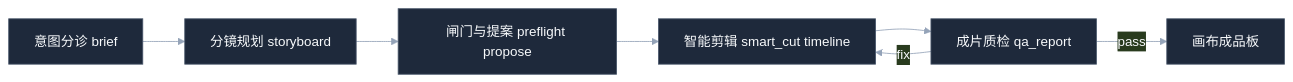
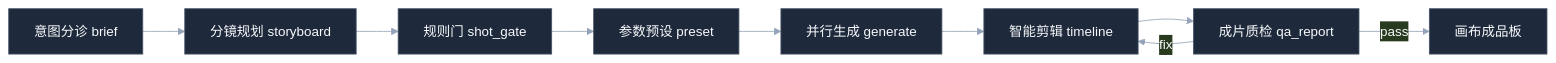
Before and after one commit to LaplaceYoung/dsh-directorx: the first of 2 diagrams in README.md, drawn with Mermaid. The commit also changed other lines of this file, not shown here.

First line of the commit message:
docs(readme): table-free witty rewrite with verified mermaid

````diff
--- a/README.md
+++ b/README.md
@@ -107,7 +46,12 @@
 ```mermaid
 %%{init: {"theme": "base", "themeVariables": {"primaryColor": "#1e293b", "primaryTextColor": "#f8fafc", "primaryBorderColor": "#475569", "lineColor": "#94a3b8", "fontFamily": "system-ui, sans-serif"}}}%%
 flowchart LR
-  B["意图分诊 brief"] --> P["分镜规划 storyboard"] --> G["闸门与提案 preflight propose"] --> E["智能剪辑 smart_cut timeline"] --> Q["成片质检 qa_report"]
-  Q -->|fix| E
-  Q -->|pass| D["画布成品板"]
+  A["意图分诊 brief"] --> B["分镜规划 storyboard"]
+  B --> C["规则门 shot_gate"]
+  C --> D["参数预设 preset"]
+  D --> E["并行生成 generate"]
+  E --> F["智能剪辑 timeline"]
+  F --> G["成片质检 qa_report"]
+  G -->|fix| F
+  G -->|pass| H["画布成品板"]
 ```
````
